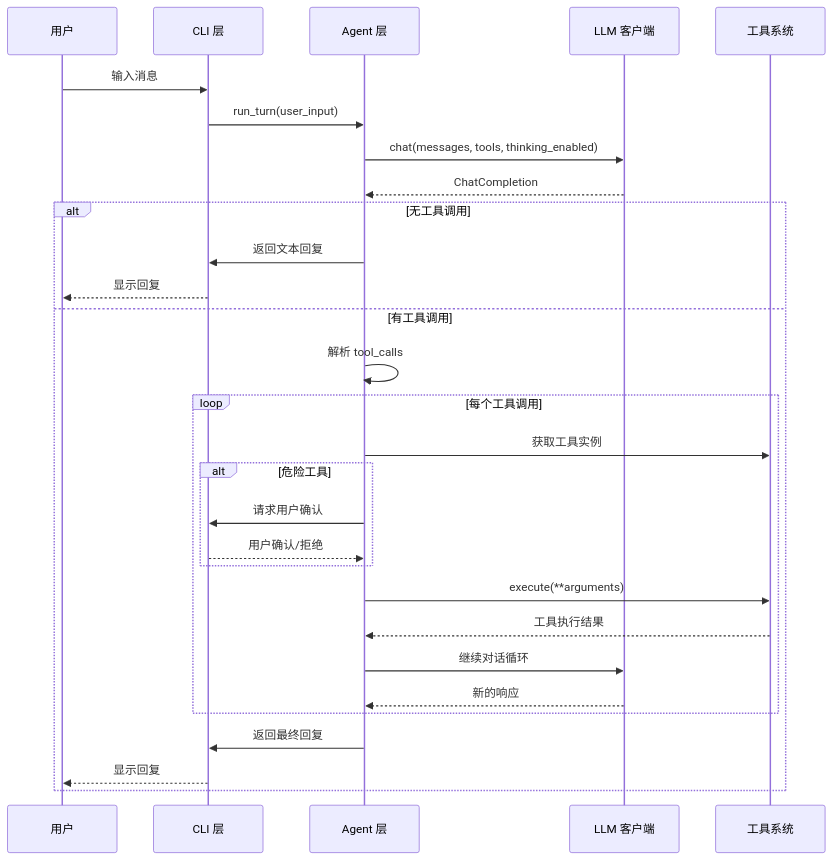
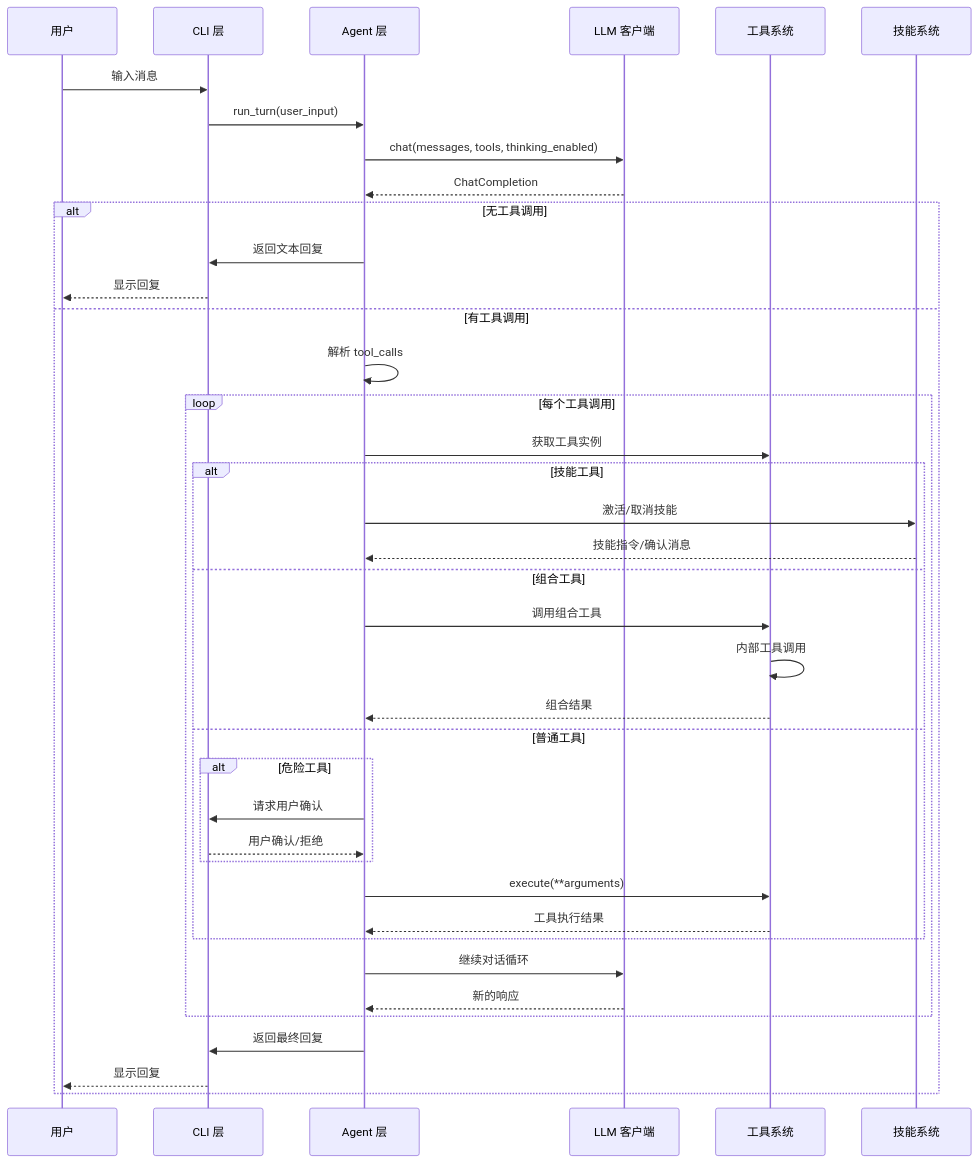
The sixth of 10 diagrams in .qoder/repowiki/zh/content/项目概述.md (250shiwo/MySmallAgent), drawn with Mermaid before and after one commit. The commit also changed other lines of this file and 28 other files, not shown here.

````diff
--- a/.qoder/repowiki/zh/content/项目概述.md
+++ b/.qoder/repowiki/zh/content/项目概述.md
@@ -261,31 +331,41 @@
 ```mermaid
 sequenceDiagram
 participant User as 用户
 participant CLI as CLI 层
 participant Agent as Agent 层
 participant LLM as LLM 客户端
 participant Tools as 工具系统
+participant Skills as 技能系统
 User->>CLI : 输入消息
 CLI->>Agent : run_turn(user_input)
 Agent->>LLM : chat(messages, tools, thinking_enabled)
 LLM-->>Agent : ChatCompletion
 alt 无工具调用
 Agent->>CLI : 返回文本回复
 CLI-->>User : 显示回复
 else 有工具调用
 Agent->>Agent : 解析 tool_calls
 loop 每个工具调用
 Agent->>Tools : 获取工具实例
+alt 技能工具
+Agent->>Skills : 激活/取消技能
+Skills-->>Agent : 技能指令/确认消息
+else 组合工具
+Agent->>Tools : 调用组合工具
+Tools->>Tools : 内部工具调用
+Tools-->>Agent : 组合结果
+else 普通工具
 alt 危险工具
 Agent->>CLI : 请求用户确认
 CLI-->>Agent : 用户确认/拒绝
 end
 Agent->>Tools : execute(**arguments)
 Tools-->>Agent : 工具执行结果
+end
 Agent->>LLM : 继续对话循环
 LLM-->>Agent : 新的响应
 end
 Agent->>CLI : 返回最终回复
 CLI-->>User : 显示回复
 end
 ```
````
